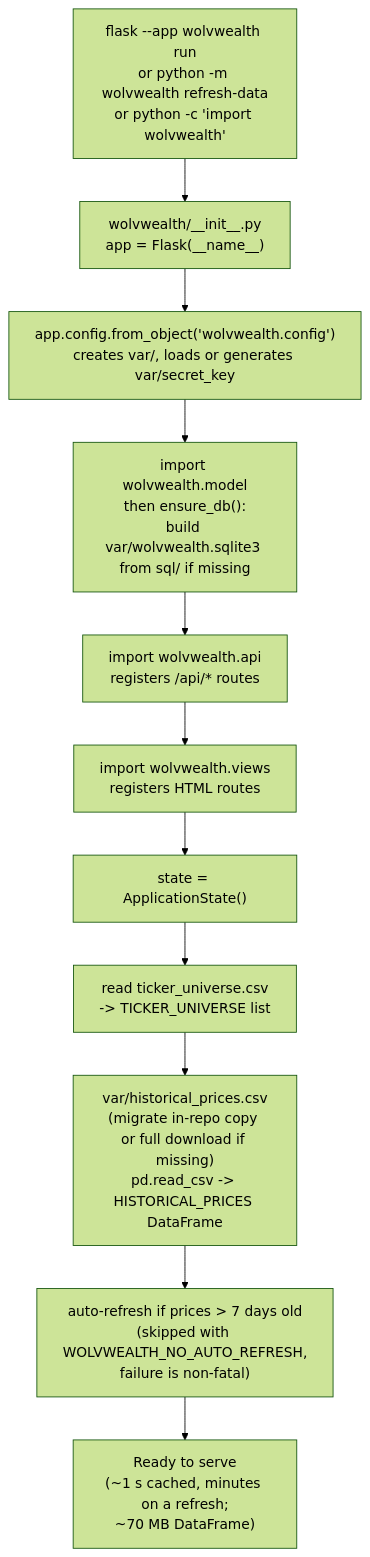
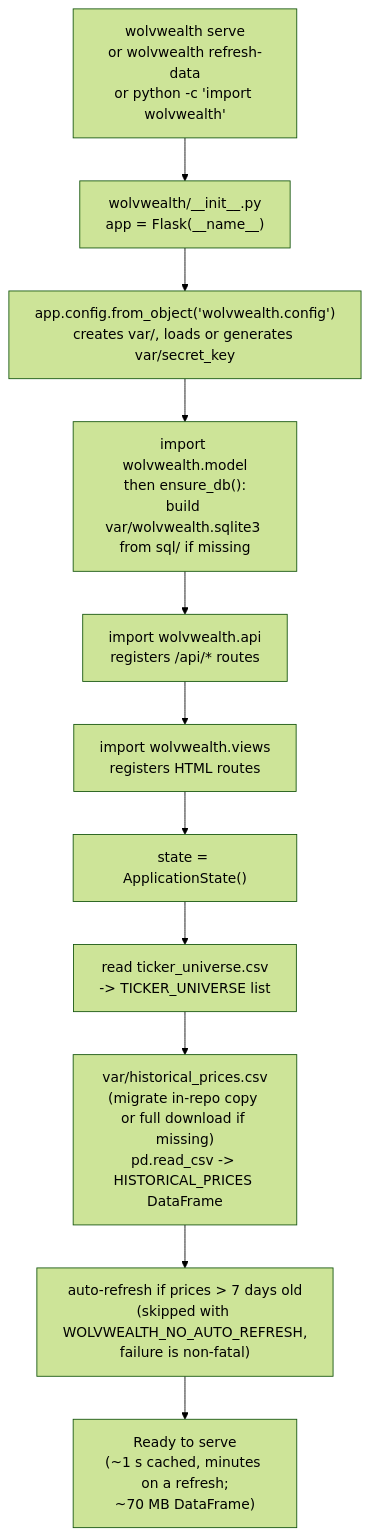
Before and after one commit to rramboer/WolvWealth: the second of 10 diagrams in ARCHITECTURE.md, drawn with Mermaid (forest theme). The commit also changed other lines of this file and 20 other files, not shown here.

````diff
--- a/ARCHITECTURE.md
+++ b/ARCHITECTURE.md
@@ -117,13 +118,13 @@
 ```mermaid
 flowchart TD
-    A["flask --app wolvwealth run<br/>or python -m wolvwealth refresh-data<br/>or python -c 'import wolvwealth'"] --> B["wolvwealth/__init__.py<br/>app = Flask(__name__)"]
+    A["wolvwealth serve<br/>or wolvwealth refresh-data<br/>or python -c 'import wolvwealth'"] --> B["wolvwealth/__init__.py<br/>app = Flask(__name__)"]
     B --> C["app.config.from_object('wolvwealth.config')<br/>creates var/, loads or generates var/secret_key"]
     C --> D["import wolvwealth.model<br/>then ensure_db():<br/>build var/wolvwealth.sqlite3 from sql/ if missing"]
     D --> E["import wolvwealth.api<br/>registers /api/* routes"]
     E --> F["import wolvwealth.views<br/>registers HTML routes"]
     F --> G["state = ApplicationState()"]
     G --> H["read ticker_universe.csv<br/>-> TICKER_UNIVERSE list"]
     H --> I["var/historical_prices.csv<br/>(migrate in-repo copy or full download if missing)<br/>pd.read_csv -> HISTORICAL_PRICES DataFrame"]
     I --> R["auto-refresh if prices > 7 days old<br/>(skipped with WOLVWEALTH_NO_AUTO_REFRESH,<br/>failure is non-fatal)"]
     R --> J["Ready to serve<br/>(~1 s cached, minutes on a refresh;<br/>~70 MB DataFrame)"]
 ```
````
